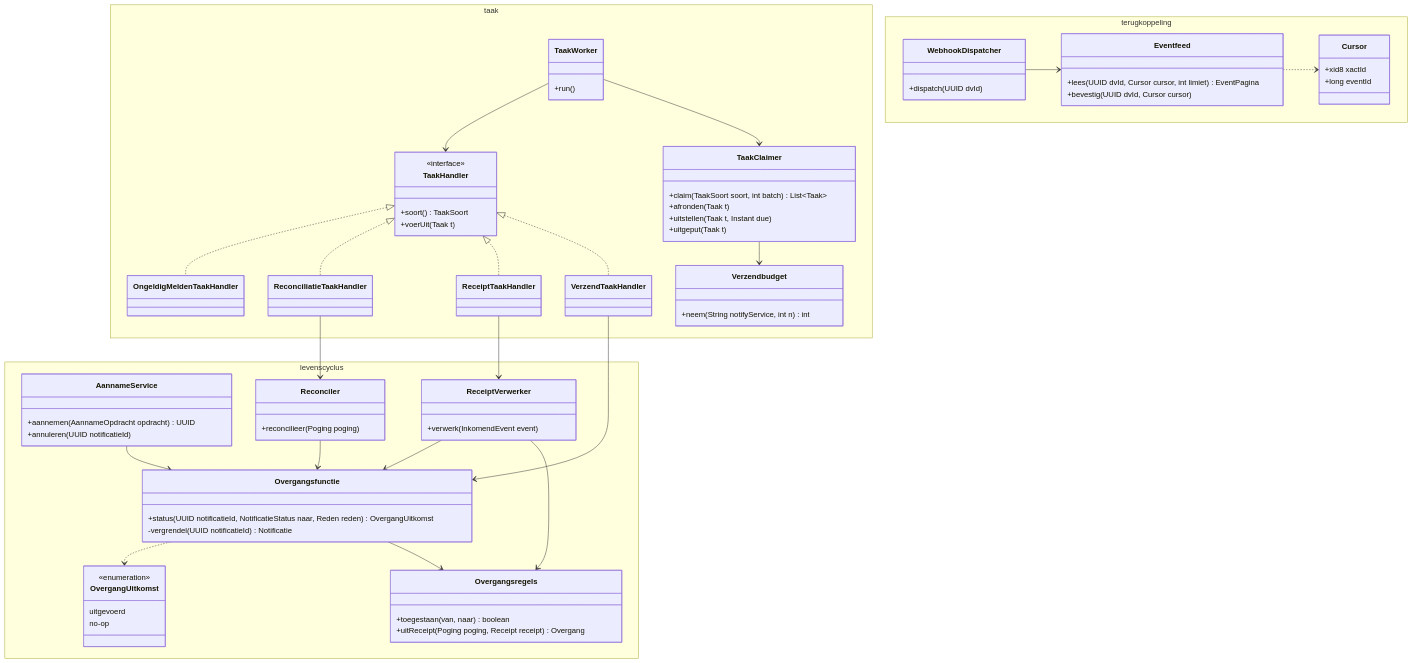
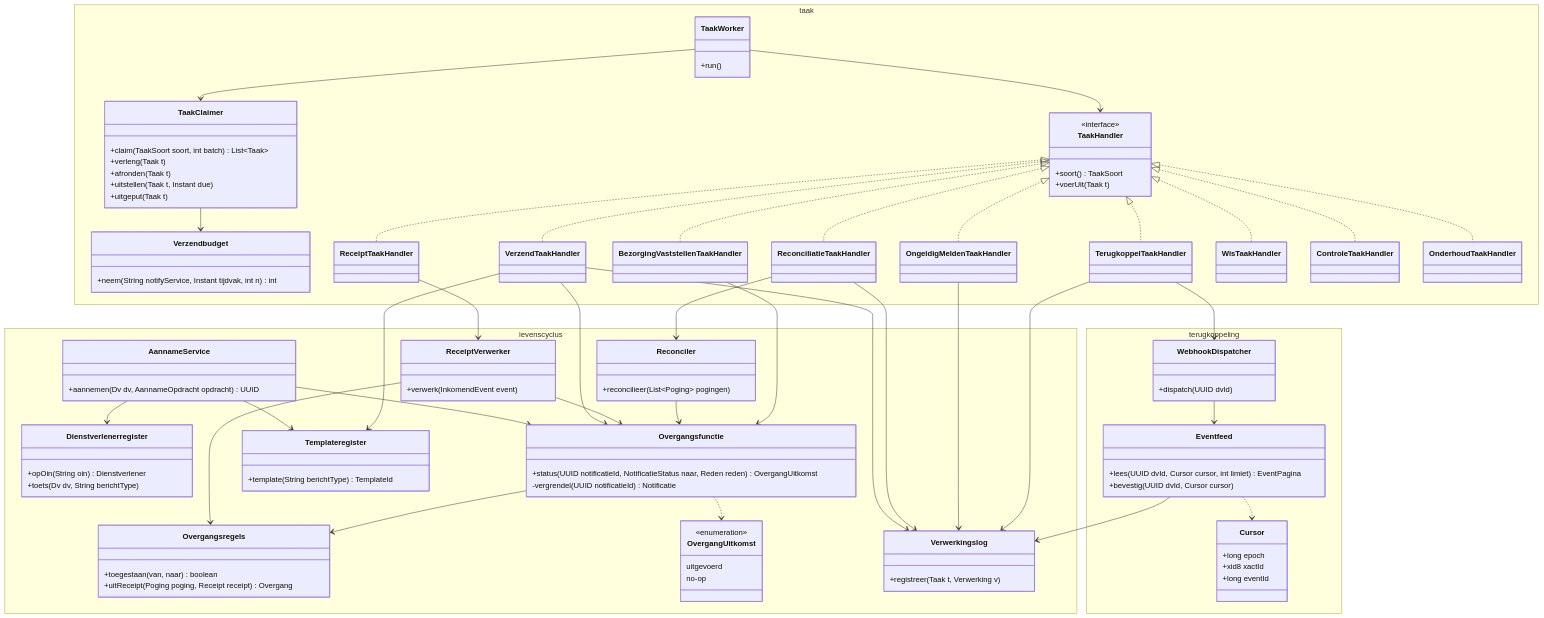
One commit to MinBZK/MijnOverheidZakelijk changed the third of 4 diagrams in Docs/structurizr/notificatiedocs/07-code.md. Above: the diagram before and after it, drawn with Mermaid. The commit also changed other lines of this file and 13 other files, not shown here.

```diff
--- a/Docs/structurizr/notificatiedocs/07-code.md
+++ b/Docs/structurizr/notificatiedocs/07-code.md
@@ -187,8 +271,11 @@
         direction TB
         namespace levenscyclus {
             class AannameService {
-                +aannemen(AannameOpdracht opdracht) UUID
-                +annuleren(UUID notificatieId)
+                +aannemen(Dv dv, AannameOpdracht opdracht) UUID
+            }
+            class Dienstverlenerregister {
+                +opOin(String oin) Dienstverlener
+                +toets(Dv dv, String berichtType)
             }
             class Overgangsfunctie {
                 +status(UUID notificatieId, NotificatieStatus naar, Reden reden) OvergangUitkomst
@@ -207,7 +294,13 @@
                 +verwerk(InkomendEvent event)
             }
             class Reconciler {
-                +reconcilieer(Poging poging)
+                +reconcilieer(List~Poging~ pogingen)
+            }
+            class Templateregister {
+                +template(String berichtType) TemplateId
+            }
+            class Verwerkingslog {
+                +registreer(Taak t, Verwerking v)
             }
         }
         namespace taak {
@@ -216,12 +309,13 @@
             }
             class TaakClaimer {
                 +claim(TaakSoort soort, int batch) List~Taak~
+                +verleng(Taak t)
                 +afronden(Taak t)
                 +uitstellen(Taak t, Instant due)
                 +uitgeput(Taak t)
             }
             class Verzendbudget {
-                +neem(String notifyService, int n) int
+                +neem(String notifyService, Instant tijdvak, int n) int
             }
             class TaakHandler {
                 <<interface>>
@@ -231,7 +325,12 @@
             class VerzendTaakHandler
             class ReceiptTaakHandler
             class ReconciliatieTaakHandler
+            class BezorgingVaststellenTaakHandler
+            class TerugkoppelTaakHandler
             class OngeldigMeldenTaakHandler
+            class WisTaakHandler
+            class ControleTaakHandler
+            class OnderhoudTaakHandler
         }
         namespace terugkoppeling {
             class Eventfeed {
@@ -242,6 +341,7 @@
                 +dispatch(UUID dvId)
             }
             class Cursor {
+                +long epoch
                 +xid8 xactId
                 +long eventId
             }
@@ -252,14 +352,29 @@
         TaakHandler <|.. VerzendTaakHandler
         TaakHandler <|.. ReceiptTaakHandler
         TaakHandler <|.. ReconciliatieTaakHandler
+        TaakHandler <|.. BezorgingVaststellenTaakHandler
+        TaakHandler <|.. TerugkoppelTaakHandler
         TaakHandler <|.. OngeldigMeldenTaakHandler
+        TaakHandler <|.. WisTaakHandler
+        TaakHandler <|.. ControleTaakHandler
+        TaakHandler <|.. OnderhoudTaakHandler
         AannameService --> Overgangsfunctie
+        AannameService --> Templateregister
+        AannameService --> Dienstverlenerregister
         VerzendTaakHandler --> Overgangsfunctie
+        VerzendTaakHandler --> Templateregister
+        VerzendTaakHandler --> Verwerkingslog
+        ReconciliatieTaakHandler --> Verwerkingslog
+        OngeldigMeldenTaakHandler --> Verwerkingslog
+        TerugkoppelTaakHandler --> Verwerkingslog
+        Eventfeed --> Verwerkingslog
+        TerugkoppelTaakHandler --> WebhookDispatcher
         ReceiptTaakHandler --> ReceiptVerwerker
         ReceiptVerwerker --> Overgangsregels
         ReceiptVerwerker --> Overgangsfunctie
         ReconciliatieTaakHandler --> Reconciler
         Reconciler --> Overgangsfunctie
+        BezorgingVaststellenTaakHandler --> Overgangsfunctie
         Overgangsfunctie --> Overgangsregels
         Overgangsfunctie ..> OvergangUitkomst
         WebhookDispatcher --> Eventfeed
```
